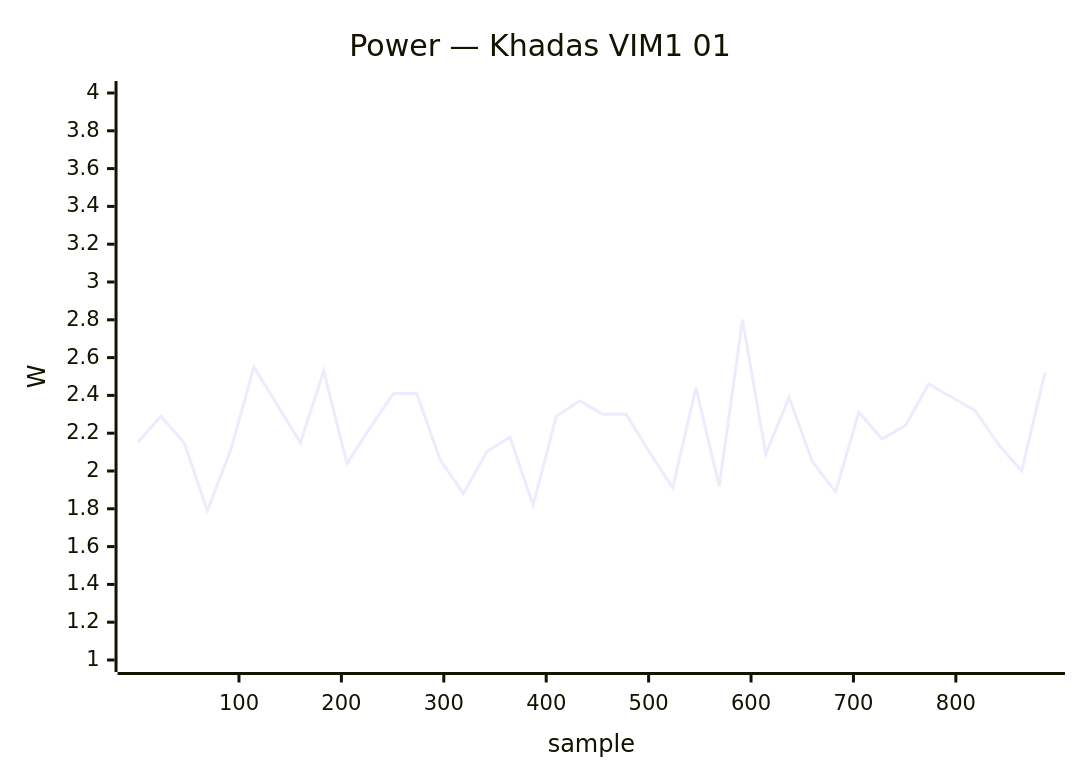
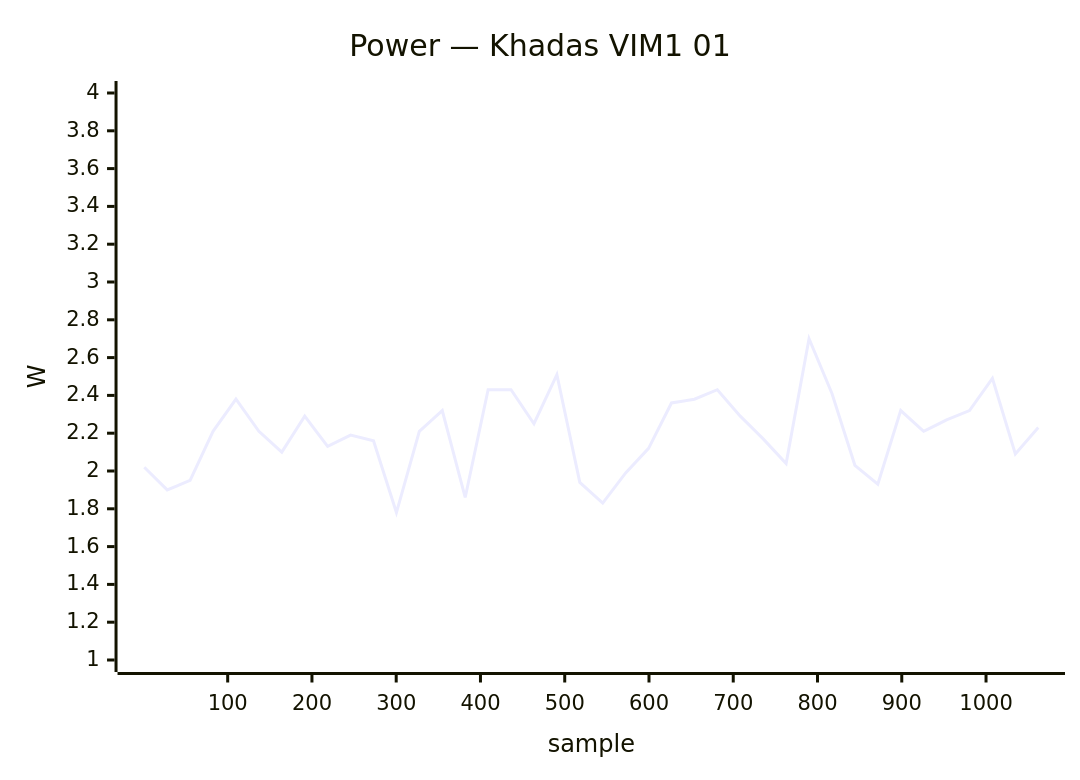
Diagram 14 of 41 in docs/status/board-tests.md (armbian/documentation), drawn with Mermaid before and after one commit. The commit also changed other lines of this file, not shown here.

````diff
--- a/docs/status/board-tests.md
+++ b/docs/status/board-tests.md
@@ -727,7 +655,7 @@
 ```mermaid
 xychart-beta
     title "Power — Khadas VIM1 01"
-    x-axis "sample" 1 --> 887
+    x-axis "sample" 1 --> 1062
     y-axis "W" 1.0 --> 4.0
-    line [2.15, 2.29, 2.15, 1.79, 2.11, 2.55, 2.35, 2.15, 2.53, 2.04, 2.23, 2.41, 2.41, 2.06, 1.88, 2.10, 2.18, 1.82, 2.29, 2.37, 2.30, 2.30, 2.10, 1.91, 2.44, 1.92, 2.80, 2.09, 2.39, 2.05, 1.89, 2.31, 2.17, 2.24, 2.46, 2.39, 2.32, 2.14, 2.00, 2.52]
+    line [2.02, 1.90, 1.95, 2.21, 2.38, 2.21, 2.10, 2.29, 2.13, 2.19, 2.16, 1.78, 2.21, 2.32, 1.86, 2.43, 2.43, 2.25, 2.51, 1.94, 1.83, 1.99, 2.12, 2.36, 2.38, 2.43, 2.29, 2.17, 2.04, 2.70, 2.41, 2.03, 1.93, 2.32, 2.21, 2.27, 2.32, 2.49, 2.09, 2.23]
 ```
````
